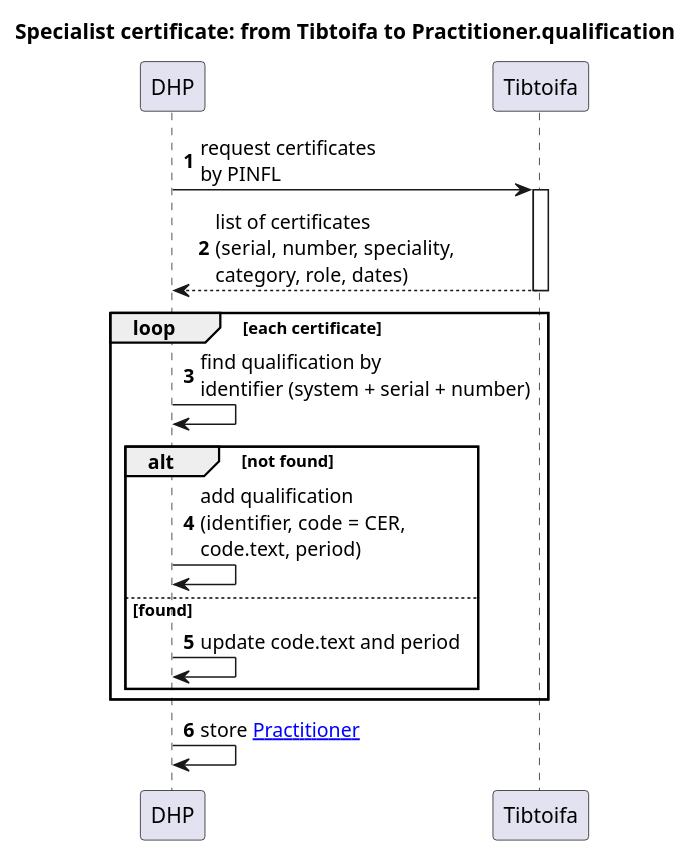
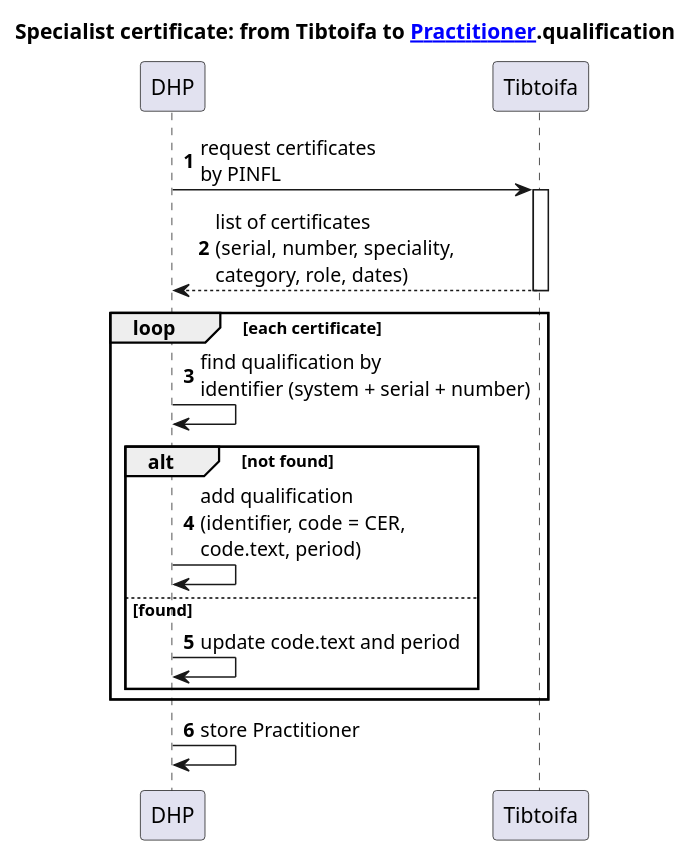
One commit to uzinfocom-org/digital-health-ig changed the diagram in input/images-source/practitioner-certificate-sequence.plantuml. Above: the diagram before and after it, drawn with PlantUML. The commit also changed 8 other files, not shown here.

Commit message:
Link every resource's first mention in flow diagrams (#434)

```diff
--- a/input/images-source/practitioner-certificate-sequence.plantuml
+++ b/input/images-source/practitioner-certificate-sequence.plantuml
@@ -1,23 +1,23 @@
 @startuml practitioner-certificate-sequence
-title Specialist certificate: from Tibtoifa to Practitioner.qualification
+title Specialist certificate: from Tibtoifa to [[StructureDefinition-uz-core-practitioner.html Practitioner]].qualification
 autonumber
 
 participant "DHP" as DHP
 participant "Tibtoifa" as Tib
 
 DHP -> Tib : request certificates\nby PINFL
 activate Tib
 Tib --> DHP : list of certificates\n(serial, number, speciality,\ncategory, role, dates)
 deactivate Tib
 
 loop each certificate
   DHP -> DHP : find qualification by\nidentifier (system + serial + number)
   alt not found
     DHP -> DHP : add qualification\n(identifier, code = CER,\ncode.text, period)
   else found
     DHP -> DHP : update code.text and period
   end
 end
 
-DHP -> DHP : store [[StructureDefinition-uz-core-practitioner.html Practitioner]]
+DHP -> DHP : store Practitioner
 @enduml
```
